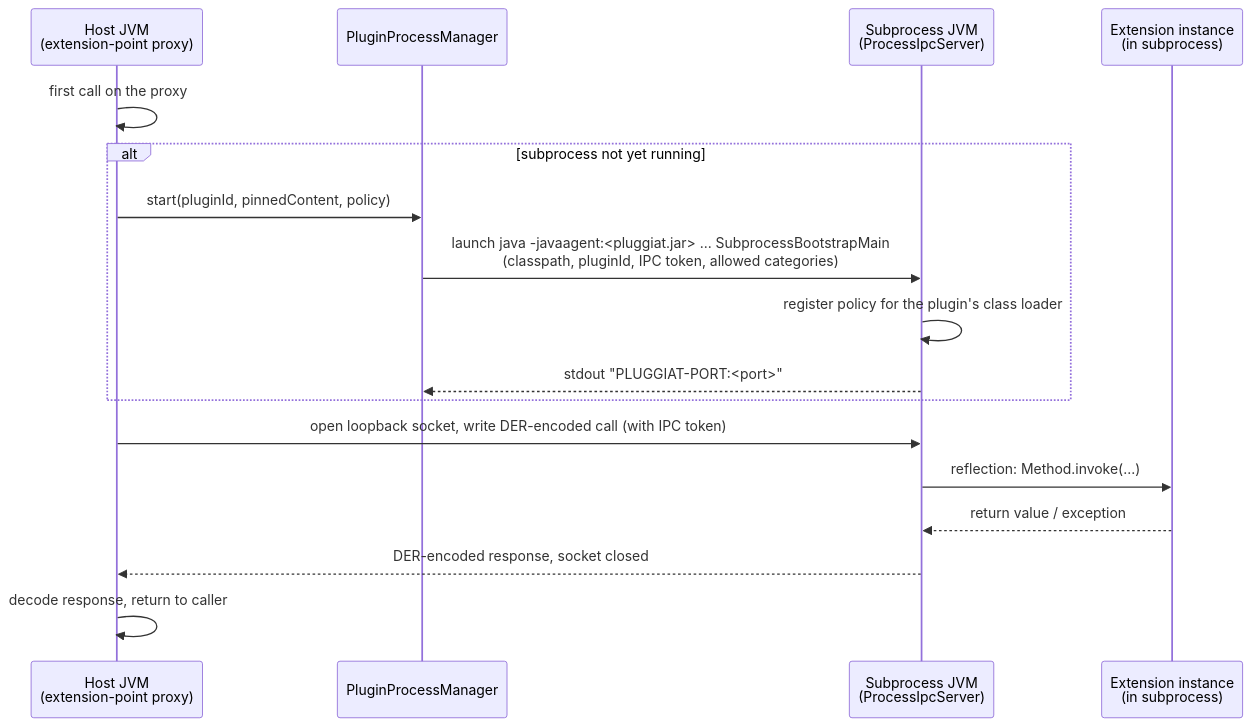
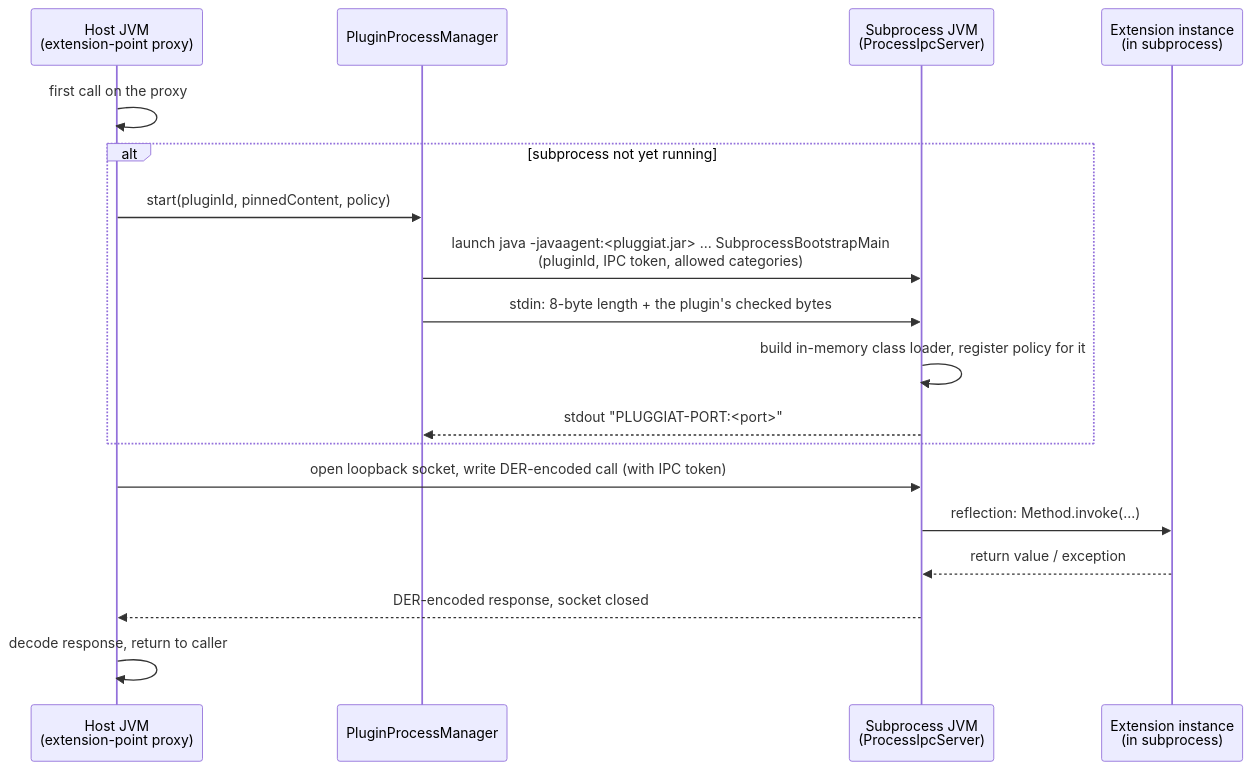
Before and after one commit to KleinerHacker/pluggiat: the second of 2 diagrams in docs/docs/host-integration/sandbox.md, drawn with Mermaid. The commit also changed other lines of this file and 84 other files, not shown here.

Commit message:
Remove support for multi-JAR plugin scanning and related checksum security logic.

````diff
--- a/docs/docs/host-integration/sandbox.md
+++ b/docs/docs/host-integration/sandbox.md
@@ -252,20 +269,21 @@
 ```mermaid
 sequenceDiagram
     participant Host as Host JVM<br/>(extension-point proxy)
     participant Mgr as PluginProcessManager
     participant Sub as Subprocess JVM<br/>(ProcessIpcServer)
     participant Ext as Extension instance<br/>(in subprocess)
 
     Host->>Host: first call on the proxy
     alt subprocess not yet running
         Host->>Mgr: start(pluginId, pinnedContent, policy)
-        Mgr->>Sub: launch java -javaagent:<pluggiat.jar> ... SubprocessBootstrapMain<br/>(classpath, pluginId, IPC token, allowed categories)
-        Sub->>Sub: register policy for the plugin's class loader
+        Mgr->>Sub: launch java -javaagent:<pluggiat.jar> ... SubprocessBootstrapMain<br/>(pluginId, IPC token, allowed categories)
+        Mgr->>Sub: stdin: 8-byte length + the plugin's checked bytes
+        Sub->>Sub: build in-memory class loader, register policy for it
         Sub-->>Mgr: stdout "PLUGGIAT-PORT:<port>"
     end
     Host->>Sub: open loopback socket, write DER-encoded call (with IPC token)
     Sub->>Ext: reflection: Method.invoke(...)
     Ext-->>Sub: return value / exception
     Sub-->>Host: DER-encoded response, socket closed
     Host->>Host: decode response, return to caller
 ```
````
